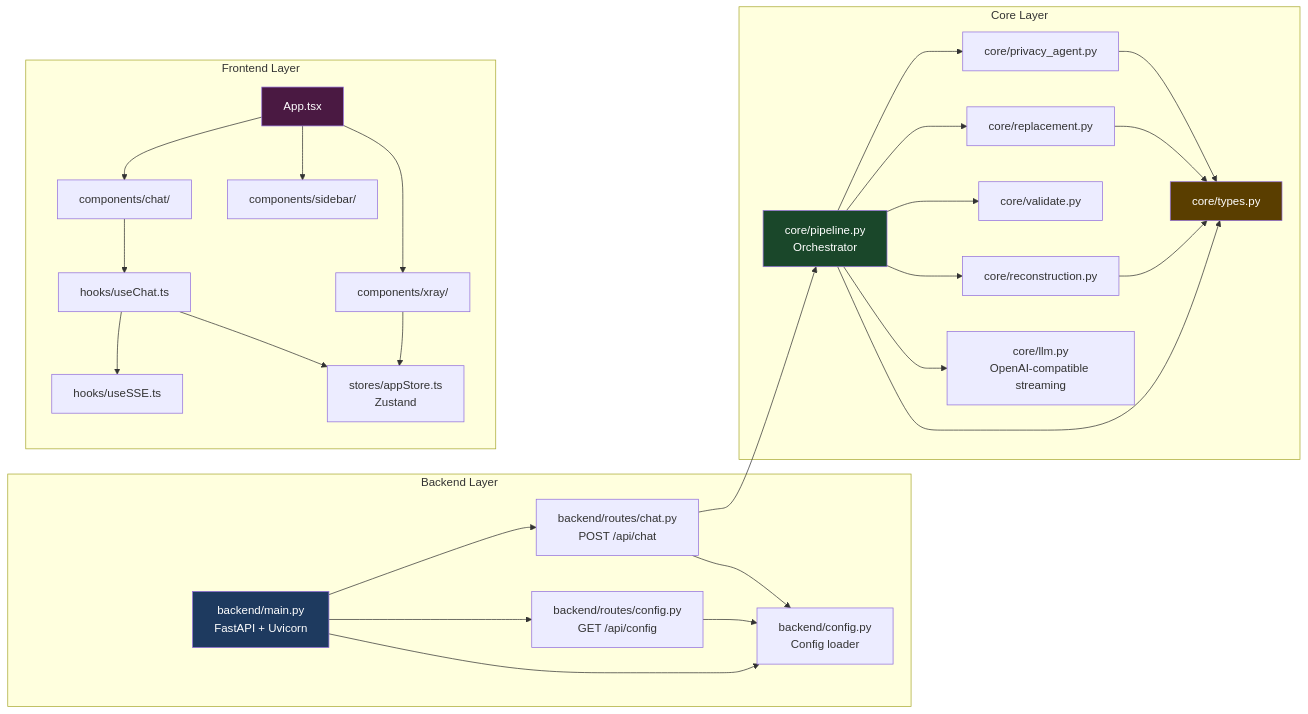
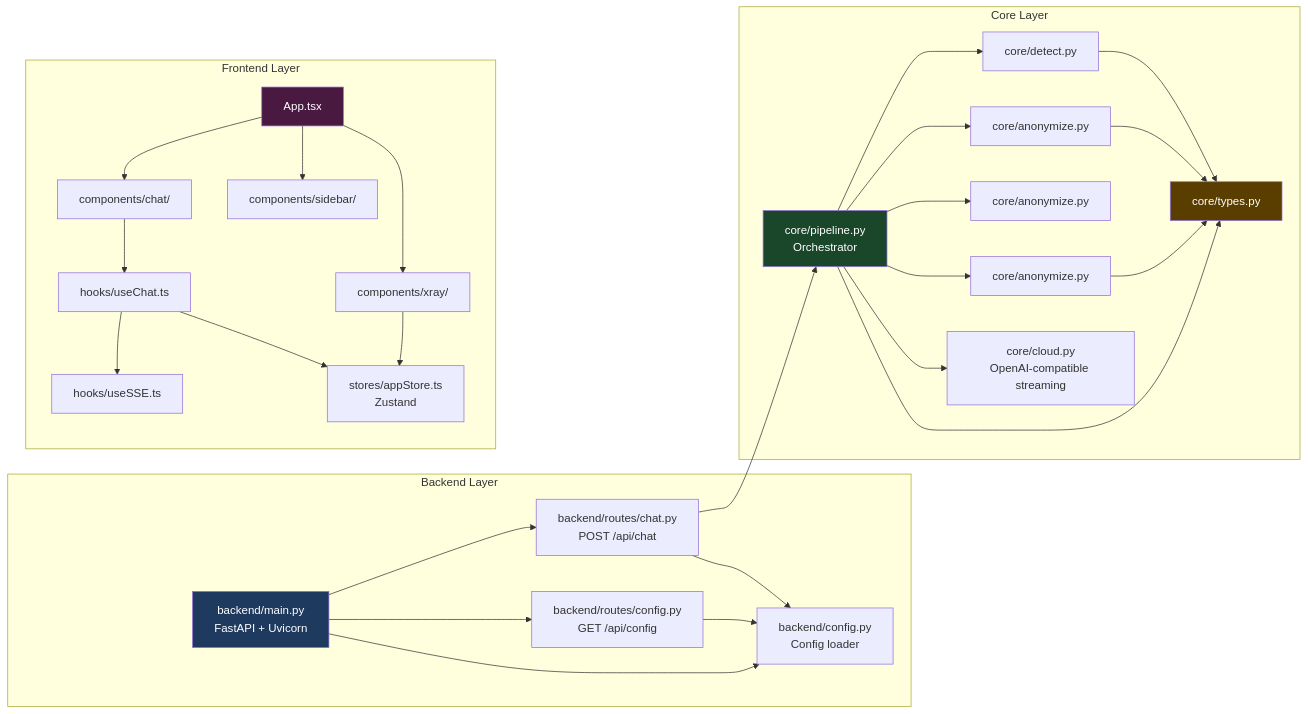
One commit to itzrnvr/CloakChat changed the sixth of 6 diagrams in diagrams.md. Above: the diagram before and after it, drawn with Mermaid. The commit also changed other lines of this file and 3 other files, not shown here.

````diff
--- a/diagrams.md
+++ b/diagrams.md
@@ -290,59 +290,59 @@
 ```mermaid
 graph LR
     subgraph "Backend Layer"
         main["backend/main.py\nFastAPI + Uvicorn"]
         cfg["backend/config.py\nConfig loader"]
         chat["backend/routes/chat.py\nPOST /api/chat"]
         configRoute["backend/routes/config.py\nGET /api/config"]
     end
 
     subgraph "Core Layer"
         pipeline["core/pipeline.py\nOrchestrator"]
-        detection["core/privacy_agent.py"]
-        replacement["core/replacement.py"]
-        validate["core/validate.py"]
-        reconstruction["core/reconstruction.py"]
-        llm["core/llm.py\nOpenAI-compatible streaming"]
+        detection["core/detect.py"]
+        replacement["core/anonymize.py"]
+        validate["core/anonymize.py"]
+        reconstruction["core/anonymize.py"]
+        llm["core/cloud.py\nOpenAI-compatible streaming"]
         types["core/types.py"]
     end
 
     subgraph "Frontend Layer"
         App["App.tsx"]
         ChatComp["components/chat/"]
         XRayComp["components/xray/"]
         Sidebar["components/sidebar/"]
         useChat["hooks/useChat.ts"]
         useSSE["hooks/useSSE.ts"]
         appStore["stores/appStore.ts\nZustand"]
     end
 
     main --> chat
     main --> configRoute
     main --> cfg
     chat --> pipeline
     chat --> cfg
     configRoute --> cfg
 
     pipeline --> detection
     pipeline --> replacement
     pipeline --> validate
     pipeline --> reconstruction
     pipeline --> llm
     detection --> types
     replacement --> types
     reconstruction --> types
     pipeline --> types
 
     App --> ChatComp
     App --> XRayComp
     App --> Sidebar
     ChatComp --> useChat
     useChat --> useSSE
     useChat --> appStore
     XRayComp --> appStore
 
     style main fill:#1e3a5f,color:white
     style pipeline fill:#1a472a,color:white
     style App fill:#4a1942,color:white
     style types fill:#5a3e00,color:white
 ```
````
